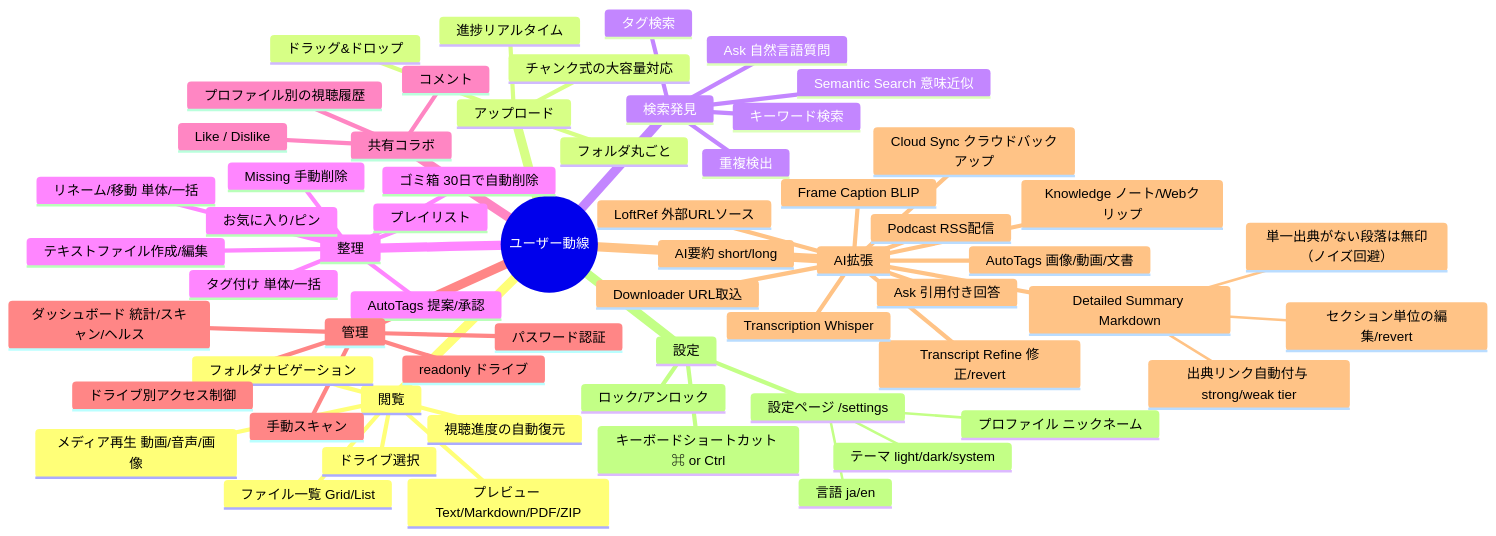
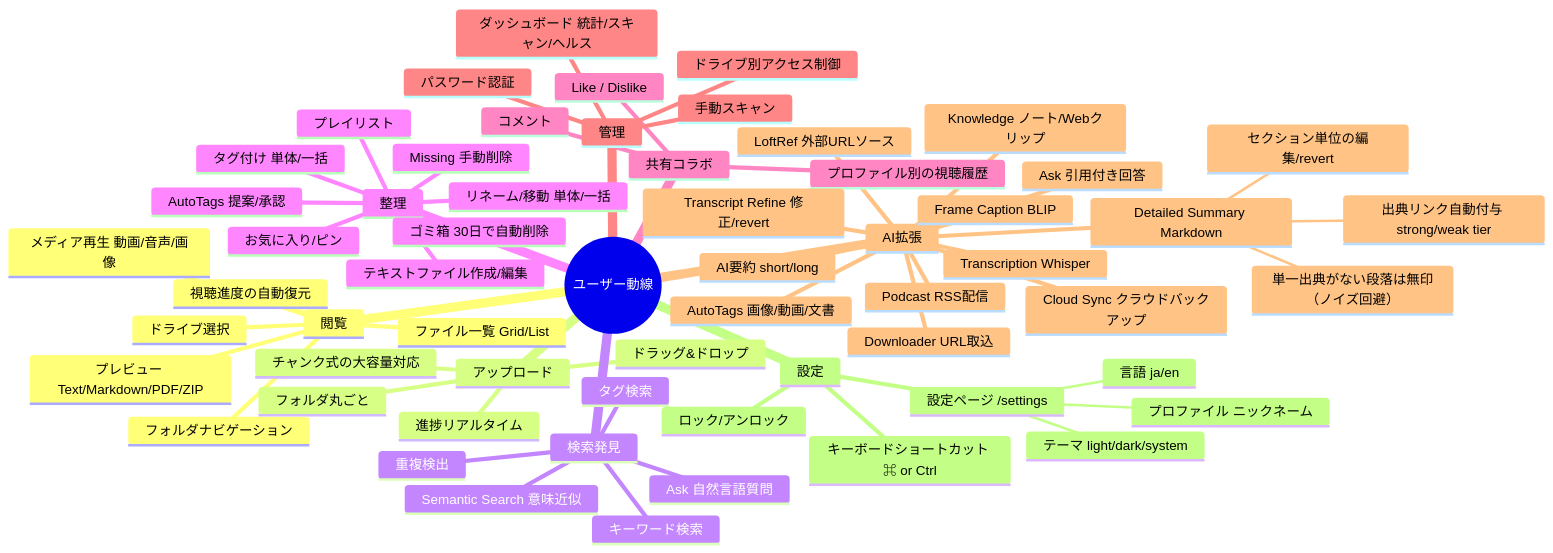
One commit to mamepenguin/Litloft changed the second of 6 diagrams in docs/FEATURE-MAP.md. Above: the diagram before and after it, drawn with Mermaid. The commit also changed 14 other files, not shown here.

````diff
--- a/docs/FEATURE-MAP.md
+++ b/docs/FEATURE-MAP.md
@@ -46,64 +46,63 @@
 ```mermaid
 mindmap
   root((ユーザー動線))
     閲覧
       ドライブ選択
       フォルダナビゲーション
       ファイル一覧 Grid/List
       メディア再生 動画/音声/画像
       プレビュー Text/Markdown/PDF/ZIP
       視聴進度の自動復元
     アップロード
       ドラッグ&ドロップ
       チャンク式の大容量対応
       フォルダ丸ごと
       進捗リアルタイム
     検索発見
       キーワード検索
       タグ検索
       重複検出
       Semantic Search 意味近似
       Ask 自然言語質問
     整理
       タグ付け 単体/一括
       プレイリスト
       お気に入り/ピン
       リネーム/移動 単体/一括
       テキストファイル作成/編集
       ゴミ箱 30日で自動削除
       Missing 手動削除
       AutoTags 提案/承認
     共有コラボ
       コメント
       Like / Dislike
       プロファイル別の視聴履歴
     管理
       パスワード認証
       ドライブ別アクセス制御
-      readonly ドライブ
       ダッシュボード 統計/スキャン/ヘルス
       手動スキャン
     AI拡張
       AI要約 short/long
       Detailed Summary Markdown
         出典リンク自動付与 strong/weak tier
         単一出典がない段落は無印（ノイズ回避）
         セクション単位の編集/revert
       AutoTags 画像/動画/文書
       Ask 引用付き回答
       Transcript Refine 修正/revert
       Transcription Whisper
       Frame Caption BLIP
       Knowledge ノート/Webクリップ
       Downloader URL取込
       LoftRef 外部URLソース
       Cloud Sync クラウドバックアップ
       Podcast RSS配信
     設定
       設定ページ /settings
         プロファイル ニックネーム
         テーマ light/dark/system
         言語 ja/en
       ロック/アンロック
       キーボードショートカット ⌘ or Ctrl
 ```
````
